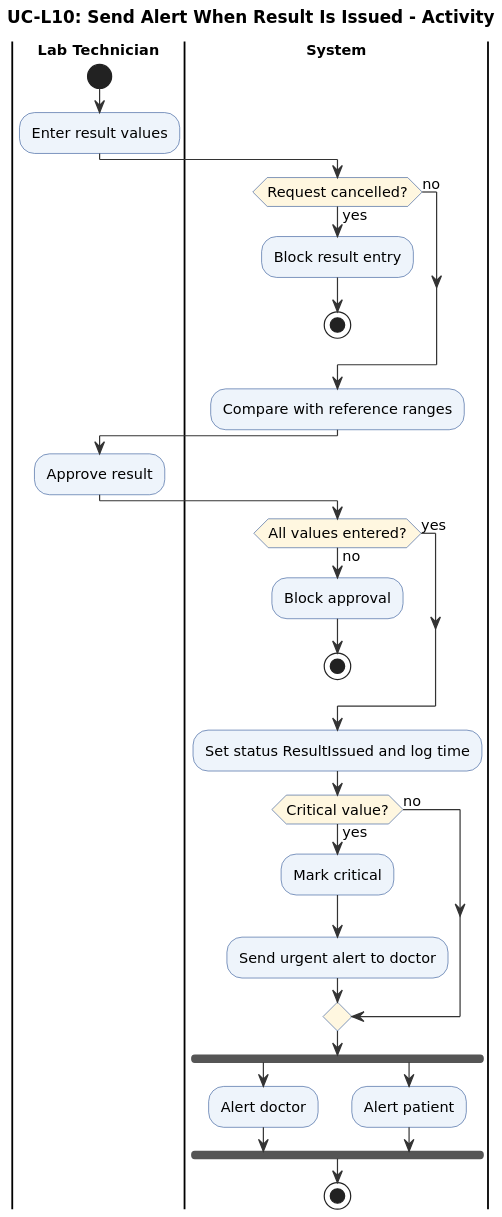
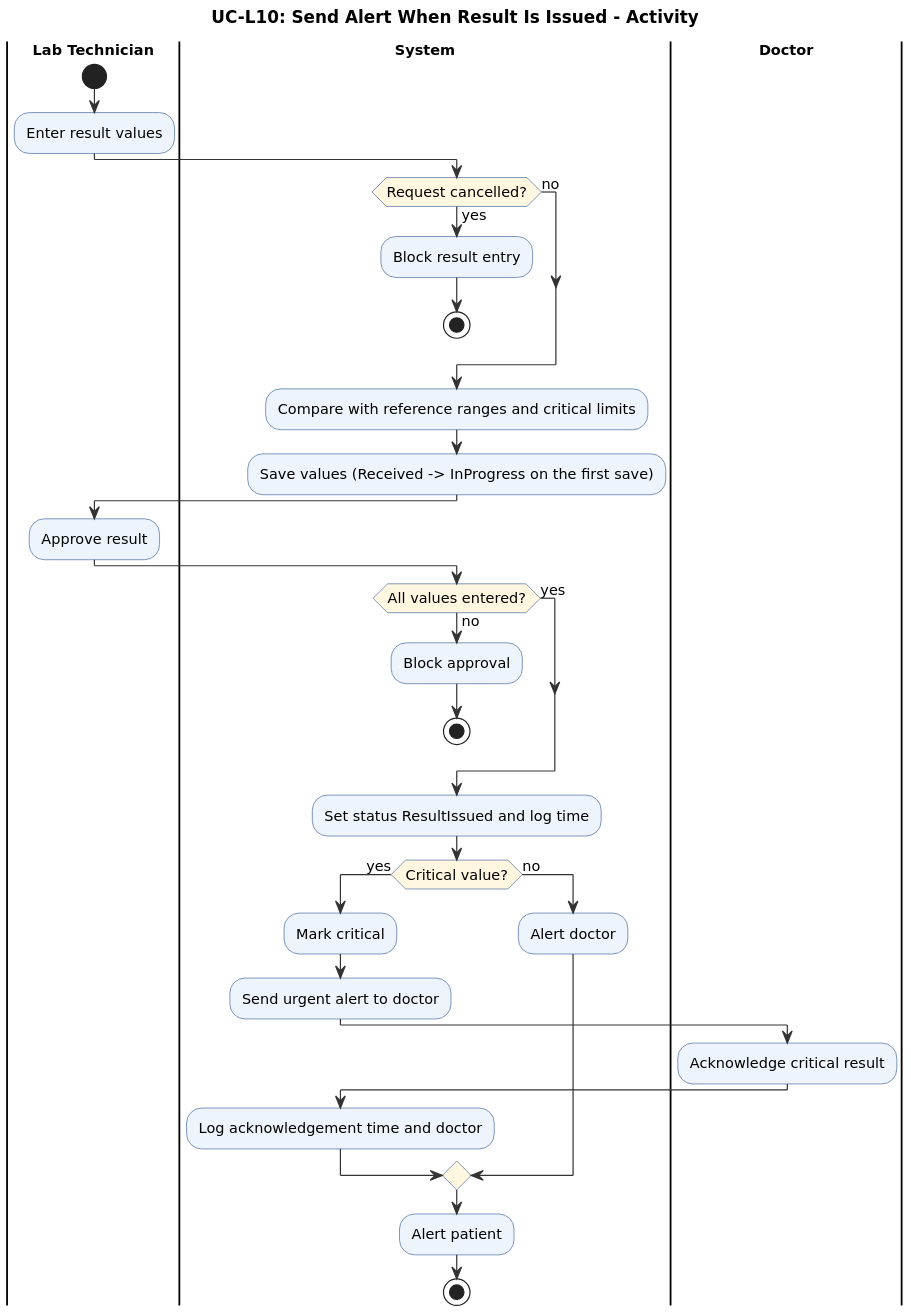
Before and after one commit to aymansl/HCMS: the diagram in docs/diagrams/UC-L10_act.puml, drawn with PlantUML. The commit also changed 41 other files, not shown here.

Commit message:
feat(lab): issue lab result and alert doctor and patient (L10)

```diff
--- a/docs/diagrams/UC-L10_act.puml
+++ b/docs/diagrams/UC-L10_act.puml
@@ -1,50 +1,52 @@
 @startuml
 skinparam dpi 170
 skinparam shadowing false
 skinparam defaultFontName DejaVu Sans
 skinparam defaultFontSize 12
 skinparam ArrowColor #333333
 skinparam ActivityBackgroundColor #EEF4FB
 skinparam ActivityBorderColor #2F5597
 skinparam ActivityDiamondBackgroundColor #FFF7E0
 skinparam SwimlaneTitleFontStyle bold
 skinparam ParticipantBackgroundColor #EEF4FB
 skinparam ParticipantBorderColor #2F5597
 skinparam SequenceLifeLineBorderColor #888888
 skinparam UsecaseBackgroundColor #EEF4FB
 skinparam UsecaseBorderColor #2F5597
 skinparam ActorBorderColor #2F5597
 skinparam DatabaseBackgroundColor #EEF4FB
 skinparam SequenceGroupHeaderFontStyle bold
 title UC-L10: Send Alert When Result Is Issued - Activity
 |Lab Technician|
 start
 :Enter result values;
 |System|
 if (Request cancelled?) then (yes)
   :Block result entry;
   stop
 else (no)
 endif
-:Compare with reference ranges;
+:Compare with reference ranges and critical limits;
+:Save values (Received -> InProgress on the first save);
 |Lab Technician|
 :Approve result;
 |System|
 if (All values entered?) then (no)
   :Block approval;
   stop
 else (yes)
 endif
 :Set status ResultIssued and log time;
 if (Critical value?) then (yes)
   :Mark critical;
   :Send urgent alert to doctor;
+  |Doctor|
+  :Acknowledge critical result;
+  |System|
+  :Log acknowledgement time and doctor;
 else (no)
+  :Alert doctor;
 endif
-fork
-  :Alert doctor;
-fork again
-  :Alert patient;
-end fork
+:Alert patient;
 stop
 @enduml
```
